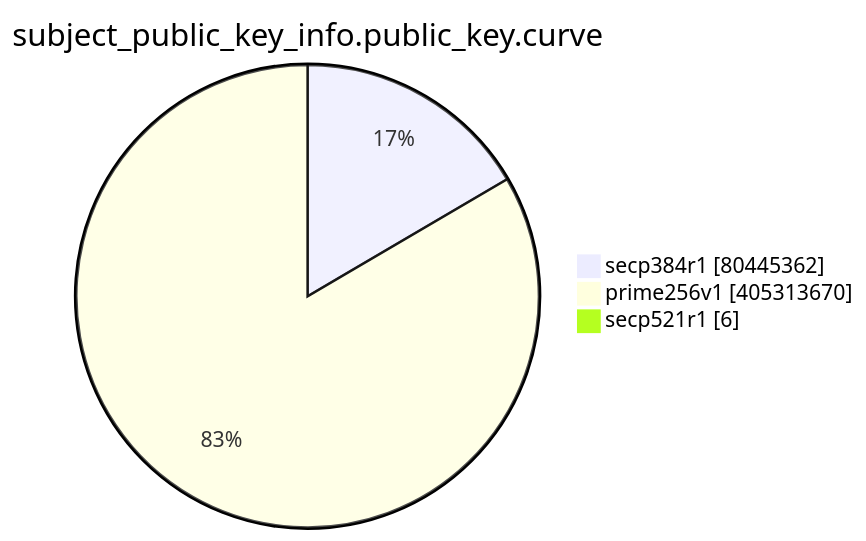
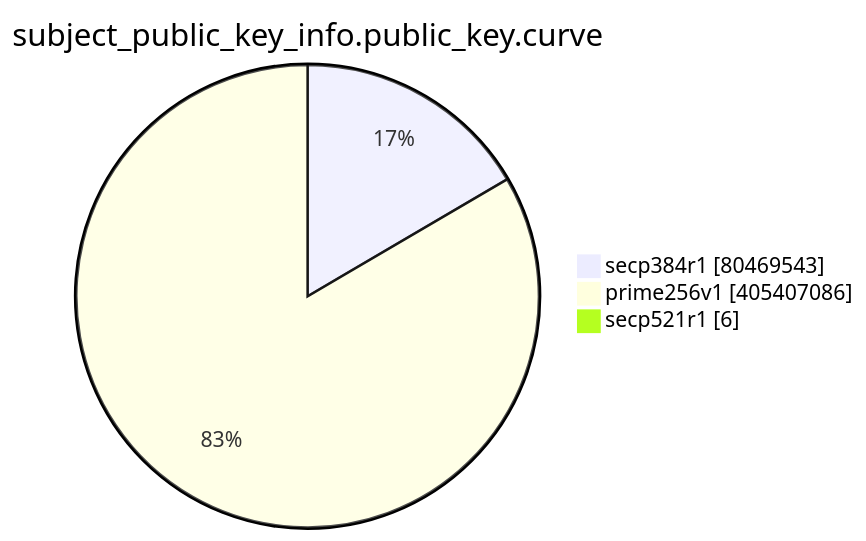
One commit to christiankrug/ctmonitor_visualization changed the eighth of 15 diagrams in TOTAL/README.md. Above: the diagram before and after it, drawn with Mermaid. The commit also changed other lines of this file, not shown here.

````diff
--- a/TOTAL/README.md
+++ b/TOTAL/README.md
@@ -3095,7 +3095,7 @@
 ```mermaid
 pie showData
 title subject_public_key_info.public_key.curve
-"secp384r1" :80445362
-"prime256v1" :405313670
+"secp384r1" :80469543
+"prime256v1" :405407086
 "secp521r1" :6
 ```
````
